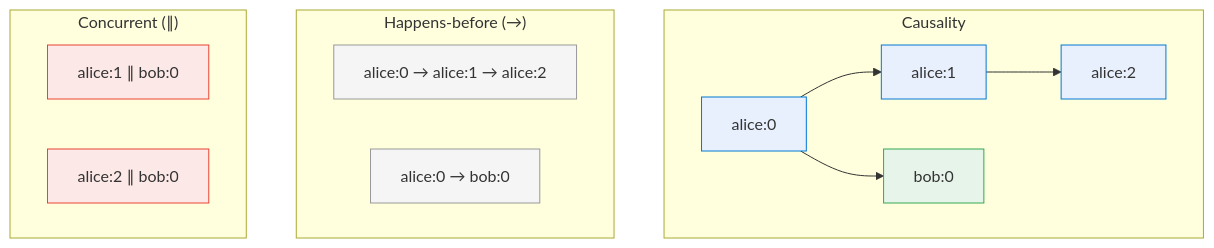
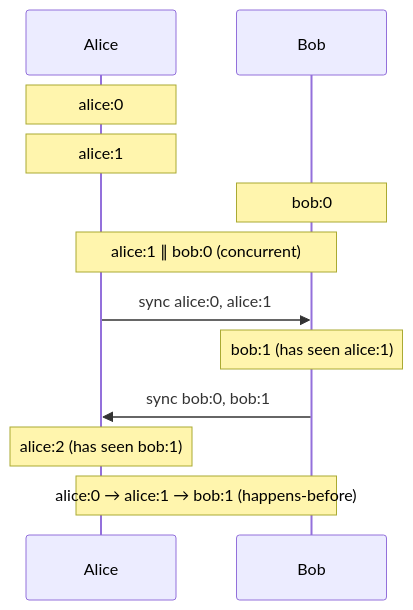
Before and after one commit to krsion/master-thesis: the diagram in img/causality.mmd, drawn with Mermaid. The commit also changed 2 other files, not shown here.

Commit message:
Redesign causality diagram as Lamport space-time diagram
Two peer timelines with sync arrows showing same-peer rule
and message rule. Concurrent events and happens-before chain
annotated directly on the diagram.

```diff
--- a/img/causality.mmd
+++ b/img/causality.mmd
@@ -1,24 +1,14 @@
-graph TD
-    subgraph "Causality"
-        A1["alice:0"] --> A2["alice:1"] --> A3["alice:2"]
-        A1 --> B1["bob:0"]
-    end
+%%{init: {'themeVariables': {'fontFamily': 'monospace'}}}%%
+sequenceDiagram
+    participant Alice
+    participant Bob
 
-    subgraph "Happens-before (→)"
-        H1["alice:0 → alice:1 → alice:2"]
-        H2["alice:0 → bob:0"]
-    end
-
-    subgraph "Concurrent (∥)"
-        C1["alice:1 ∥ bob:0"]
-        C2["alice:2 ∥ bob:0"]
-    end
-
-    style A1 fill:#e8f0fe,stroke:#0078d4
-    style A2 fill:#e8f0fe,stroke:#0078d4
-    style A3 fill:#e8f0fe,stroke:#0078d4
-    style B1 fill:#e6f4ea,stroke:#34a853
-    style H1 fill:#f5f5f5,stroke:#999
-    style H2 fill:#f5f5f5,stroke:#999
-    style C1 fill:#fce8e6,stroke:#ea4335
-    style C2 fill:#fce8e6,stroke:#ea4335
+    Note over Alice: alice:0
+    Note over Alice: alice:1
+    Note over Bob: bob:0
+    Note over Alice,Bob: alice:1 ∥ bob:0 (concurrent)
+    Alice->>Bob: sync alice:0, alice:1
+    Note over Bob: bob:1 (has seen alice:1)
+    Bob->>Alice: sync bob:0, bob:1
+    Note over Alice: alice:2 (has seen bob:1)
+    Note over Alice,Bob: alice:0 → alice:1 → bob:1 (happens-before)
```
